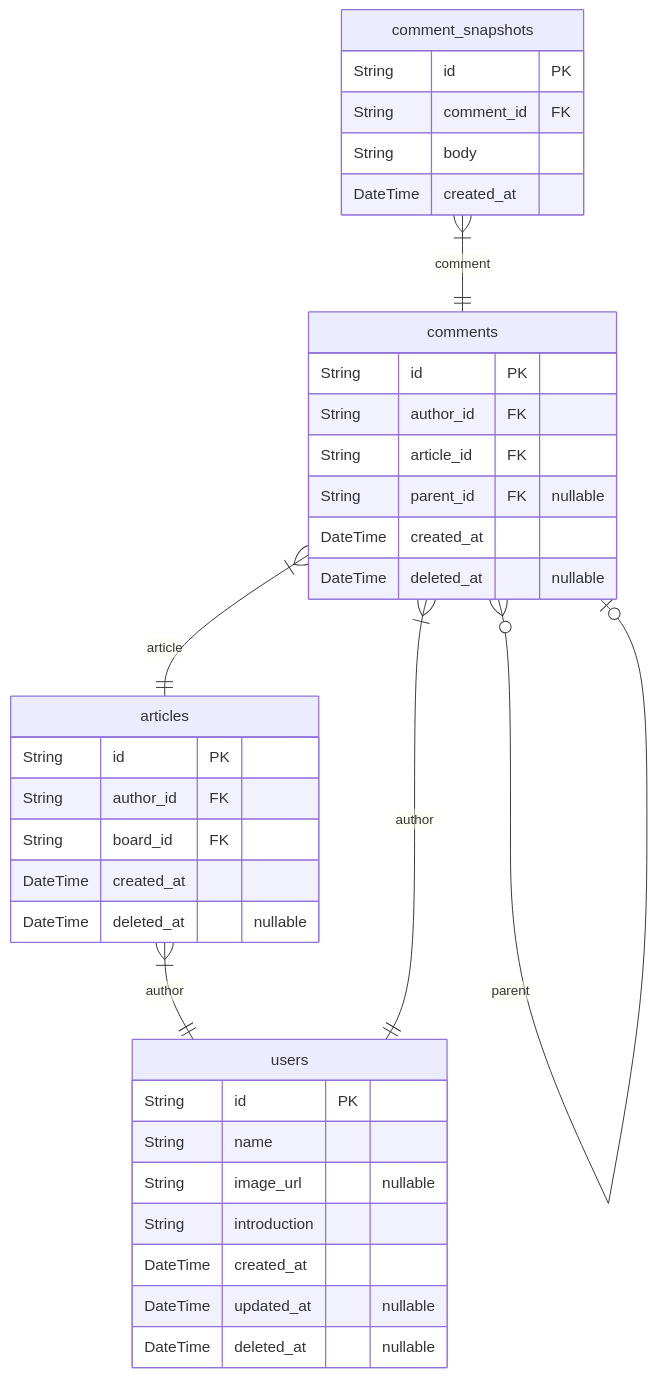
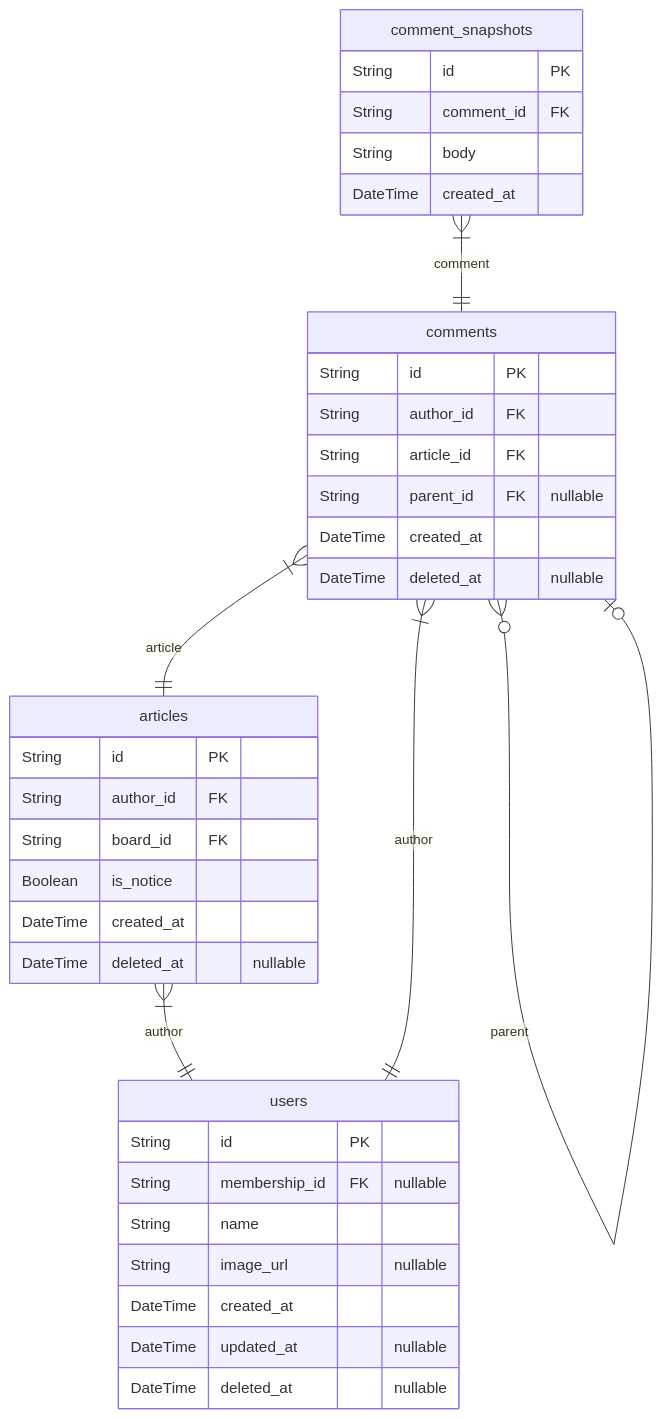
The third of 5 diagrams in ERD.md (rojiwon123/bbs), drawn with Mermaid before and after one commit. The commit also changed other lines of this file and 19 other files, not shown here.

````diff
--- a/ERD.md
+++ b/ERD.md
@@ -797,38 +539,39 @@
 ```mermaid
 erDiagram
 articles {
     String id PK
     String author_id FK
     String board_id FK
+    Boolean is_notice
     DateTime created_at
     DateTime deleted_at "nullable"
 }
 comments {
     String id PK
     String author_id FK
     String article_id FK
     String parent_id FK "nullable"
     DateTime created_at
     DateTime deleted_at "nullable"
 }
 comment_snapshots {
     String id PK
     String comment_id FK
     String body
     DateTime created_at
 }
 users {
     String id PK
+    String membership_id FK "nullable"
     String name
     String image_url "nullable"
-    String introduction
     DateTime created_at
     DateTime updated_at "nullable"
     DateTime deleted_at "nullable"
 }
 articles }|--|| users : author
 comments }|--|| users : author
 comments }|--|| articles : article
 comments }o--o| comments : parent
 comment_snapshots }|--|| comments : comment
 ```
````
